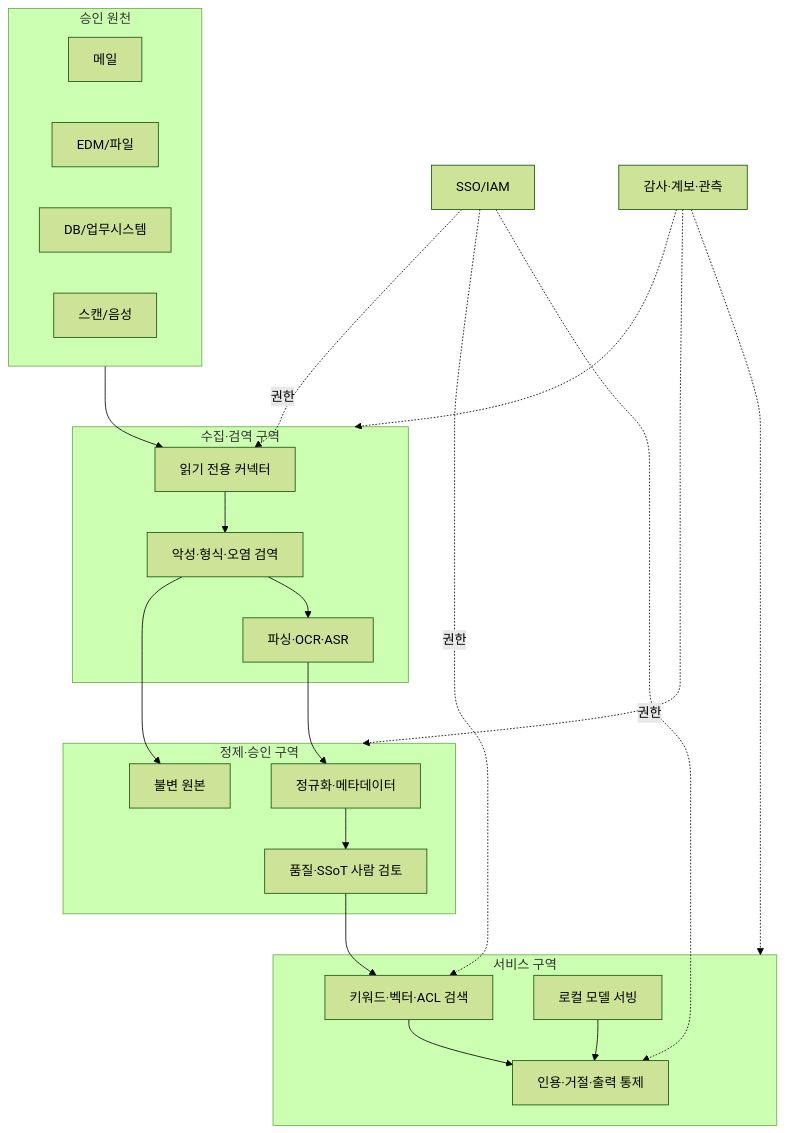
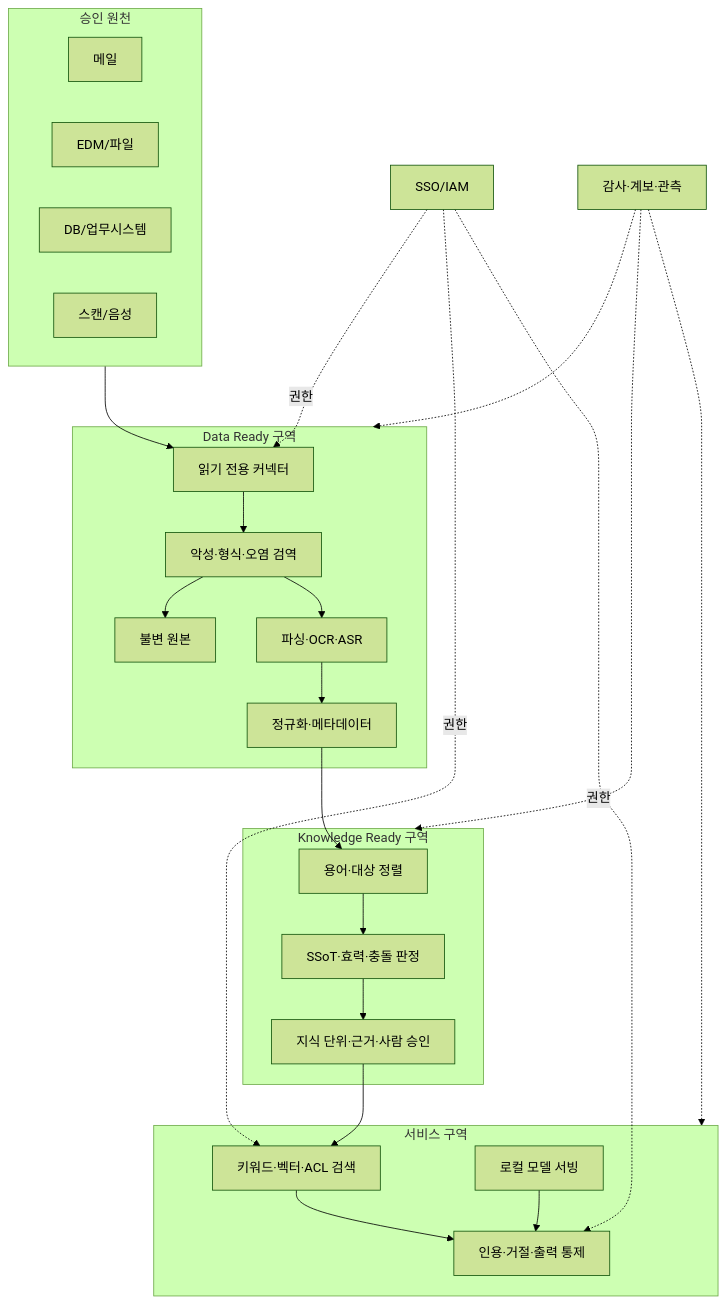
One commit to geniuskey/AI-Ready-Data changed the diagram in docs/reference/architectures.md. Above: the diagram before and after it, drawn with Mermaid (forest theme). The commit also changed other lines of this file and 34 other files, not shown here.

Commit message:
Reorganize guide around data and knowledge readiness

````diff
--- a/docs/reference/architectures.md
+++ b/docs/reference/architectures.md
@@ -20,34 +20,36 @@
 ```mermaid
 flowchart TB
   subgraph sources[승인 원천]
     MAIL[메일]
     EDM[EDM/파일]
     DB[DB/업무시스템]
     AV[스캔/음성]
   end
-  subgraph ingest[수집·검역 구역]
+  subgraph ingest[Data Ready 구역]
     CONN[읽기 전용 커넥터]
     QUAR[악성·형식·오염 검역]
     PARSE[파싱·OCR·ASR]
-  end
-  subgraph curate[정제·승인 구역]
     RAW[불변 원본]
     META[정규화·메타데이터]
-    REVIEW[품질·SSoT 사람 검토]
+  end
+  subgraph curate[Knowledge Ready 구역]
+    TERM[용어·대상 정렬]
+    AUTH[SSoT·효력·충돌 판정]
+    KUNIT[지식 단위·근거·사람 승인]
   end
   subgraph serve[서비스 구역]
     SEARCH[키워드·벡터·ACL 검색]
     LLM[로컬 모델 서빙]
     APP[인용·거절·출력 통제]
   end
   sources --> CONN --> QUAR --> RAW
-  QUAR --> PARSE --> META --> REVIEW --> SEARCH
+  QUAR --> PARSE --> META --> TERM --> AUTH --> KUNIT --> SEARCH
   SEARCH --> APP
   LLM --> APP
   IAM[SSO/IAM] -.권한.-> CONN
   IAM -.권한.-> SEARCH
   IAM -.권한.-> APP
   OBS[감사·계보·관측] -.-> ingest
   OBS -.-> curate
   OBS -.-> serve
 ```
````
